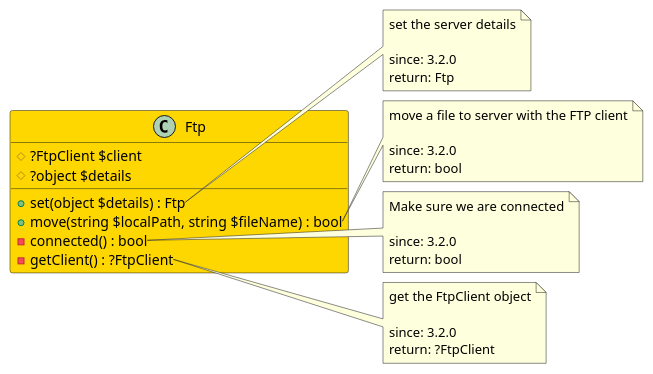
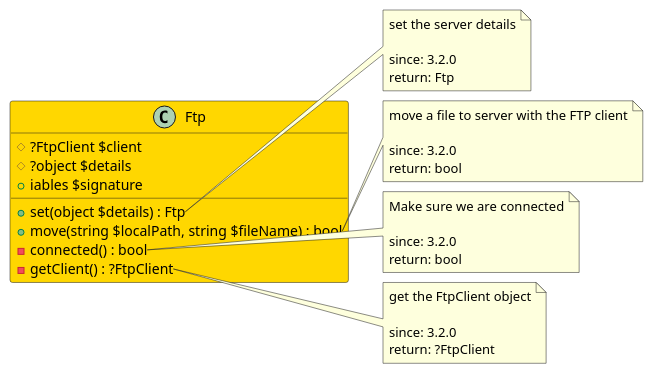
Before and after one commit to joomengine/phpseclib: the diagram in src/11be6be3-ee3e-4771-8663-5545b76b73ab/README.md, drawn with PlantUML. The commit also changed 23 other files, not shown here.

````diff
--- a/src/11be6be3-ee3e-4771-8663-5545b76b73ab/README.md
+++ b/src/11be6be3-ee3e-4771-8663-5545b76b73ab/README.md
@@ -11,41 +11,42 @@
 ```uml
 @startuml
 class Ftp  #Gold {
   # ?FtpClient $client
   # ?object $details
+  + iables $signature
   + set(object $details) : Ftp
   + move(string $localPath, string $fileName) : bool
   - connected() : bool
   - getClient() : ?FtpClient
 }
 
 note right of Ftp::set
   set the server details
 
   since: 3.2.0
   return: Ftp
 end note
 
 note right of Ftp::move
   move a file to server with the FTP client
 
   since: 3.2.0
   return: bool
 end note
 
 note right of Ftp::connected
   Make sure we are connected
 
   since: 3.2.0
   return: bool
 end note
 
 note right of Ftp::getClient
   get the FtpClient object
 
   since: 3.2.0
   return: ?FtpClient
 end note
  
 @enduml
 ```
````
